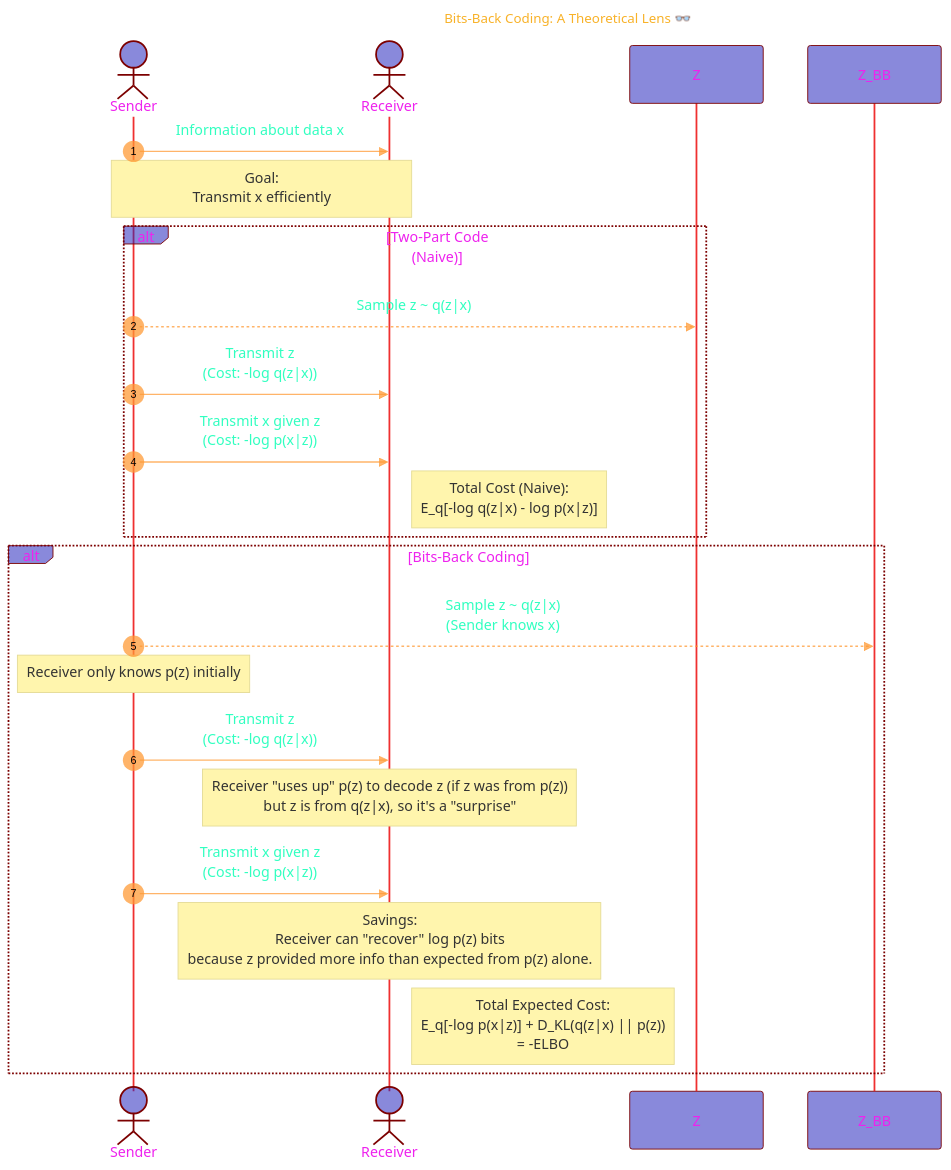
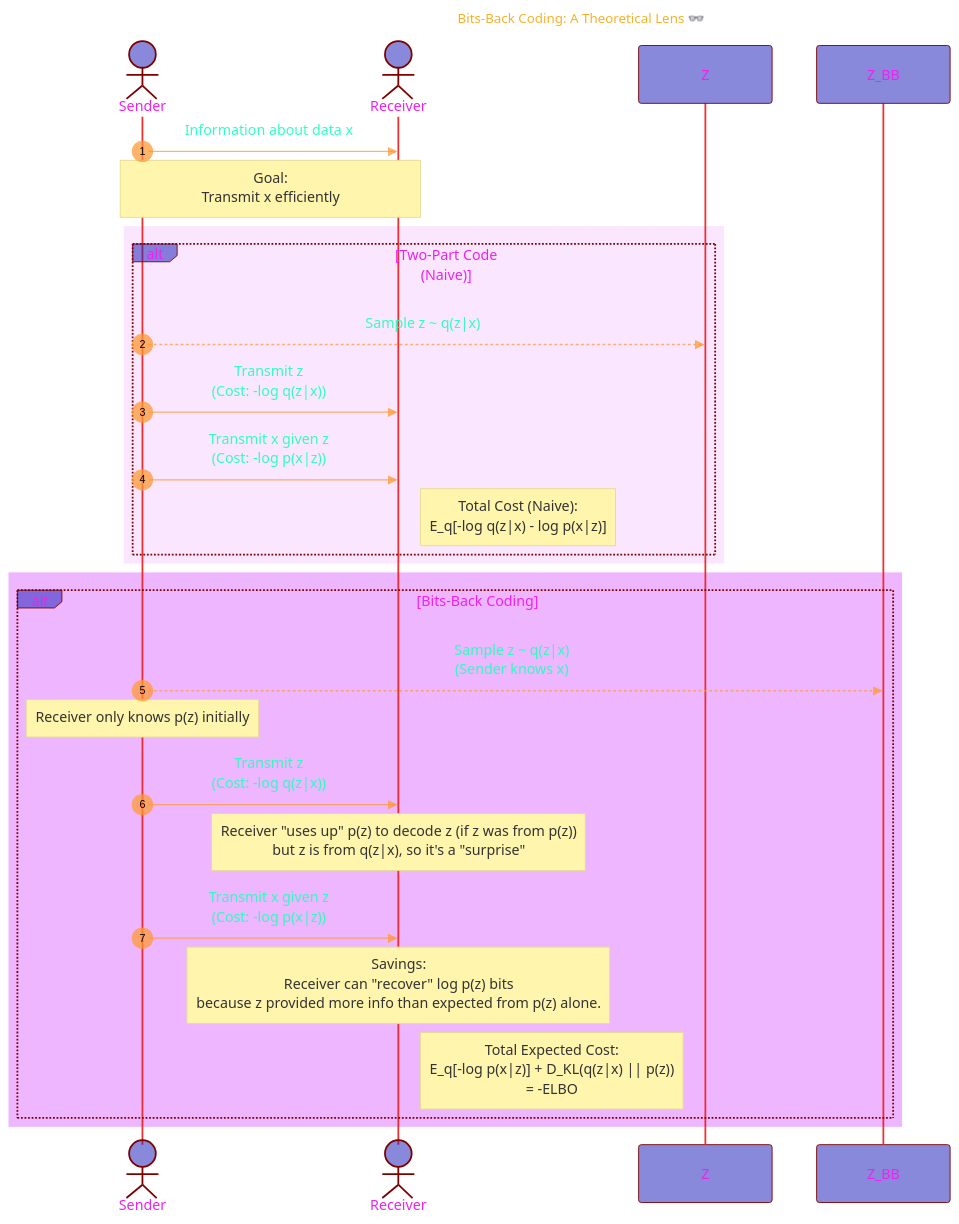
Before and after one commit to CongLeSolutionX/Ilya_Sutskever_reading_list: the second of 5 diagrams in Variational_Lossy_Autoencoder/Variational_Lossy_Autoencoder.md, drawn with Mermaid. The commit also changed other lines of this file, not shown here.

````diff
--- a/Variational_Lossy_Autoencoder/Variational_Lossy_Autoencoder.md
+++ b/Variational_Lossy_Autoencoder/Variational_Lossy_Autoencoder.md
@@ -189,55 +193,59 @@
 ```mermaid
 ---
 title: "Bits-Back Coding: A Theoretical Lens 👓"
 author: "Cong Le"
 version: "0.1"
 license(s): "MIT, CC BY 4.0"
 copyright: "Copyright (c) 2025 Cong Le. All Rights Reserved."
 config:
   layout: elk
   theme: base
 ---
 %%%%%%%% Mermaid version v11.4.1-b.14
 %%{
   init: {
     'sequence': { 'mirrorActors': true, 'showSequenceNumbers': true, 'actorMargin': 50 },
     'fontFamily': 'Monaco',
     'themeVariables': {
       'textColor': '#F8B229',
       'actorBkg': '#22B8',
       'actorBorder': '#7C0000',
       'actorTextColor': '#E2E',
       'actorLineColor': '#E22E',
       'activationBkgColor': '#FBBF',
       'tertiaryColor': '#fff',
       'fontSize': '15px',
       'signalColor': '#F93B',
       'signalTextColor': '#2FBE',
       'sequenceNumberColor': '#000'
     }
   }
 }%%
 sequenceDiagram
     actor Sender
     actor Receiver
 
     Sender->>Receiver: Information about data x
     Note over Sender,Receiver: Goal:<br/>Transmit x efficiently
 
-    alt Two-Part Code <br/>(Naive)
+    rect rgb(200, 15, 255, 0.1)
+      alt Two-Part Code <br/>(Naive)
         Sender-->>Z: Sample z ~ q(z|x)
         Sender->>Receiver: Transmit z <br/>(Cost: -log q(z|x))
         Sender->>Receiver: Transmit x given z <br/>(Cost: -log p(x|z))
         Note right of Receiver: Total Cost (Naive):<br/> E_q[-log q(z|x) - log p(x|z)]
+      end
     end
 
-    alt Bits-Back Coding
+    rect rgb(200, 15, 255, 0.3)
+      alt Bits-Back Coding
         Sender-->>Z_BB: Sample z ~ q(z|x) <br/>(Sender knows x)
         Note over Sender: Receiver only knows p(z) initially
         Sender->>Receiver: Transmit z <br/>(Cost: -log q(z|x))
         Note over Receiver: Receiver "uses up" p(z) to decode z (if z was from p(z)) <br/> but z is from q(z|x), so it's a "surprise"
         Sender->>Receiver: Transmit x given z <br/>(Cost: -log p(x|z))
         Note over Receiver: Savings:<br/>Receiver can "recover" log p(z) bits <br/> because z provided more info than expected from p(z) alone.
         Note right of Receiver: Total Expected Cost:<br/> E_q[-log p(x|z)] + D_KL(q(z|x) || p(z)) <br/> = -ELBO
+      end
     end
 ```
````
